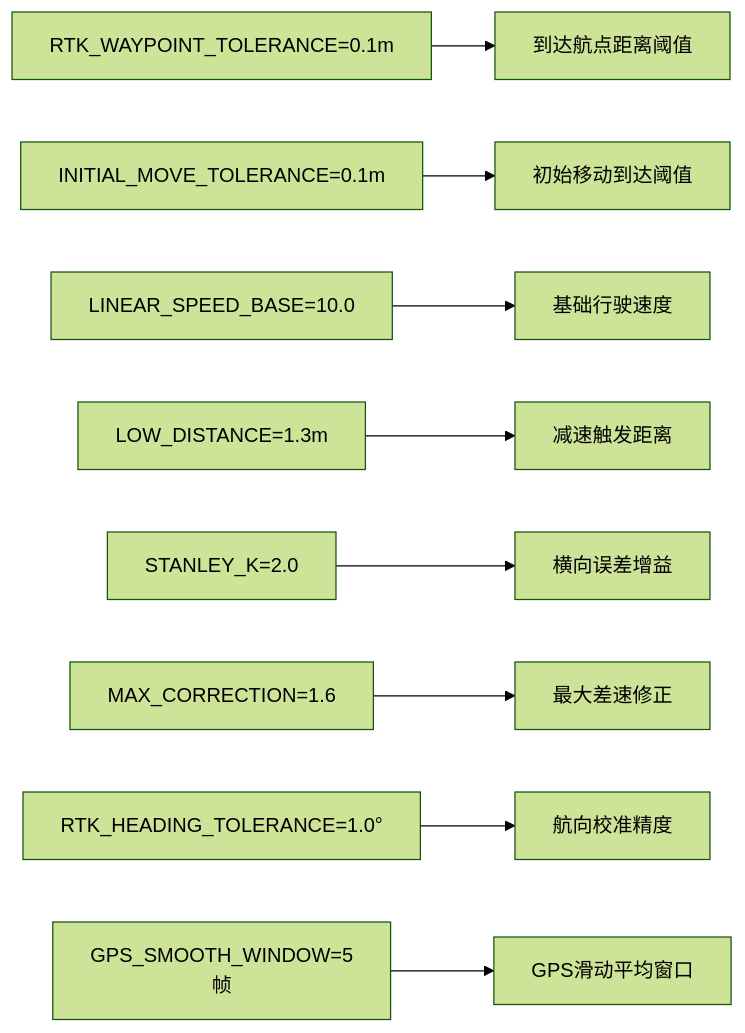
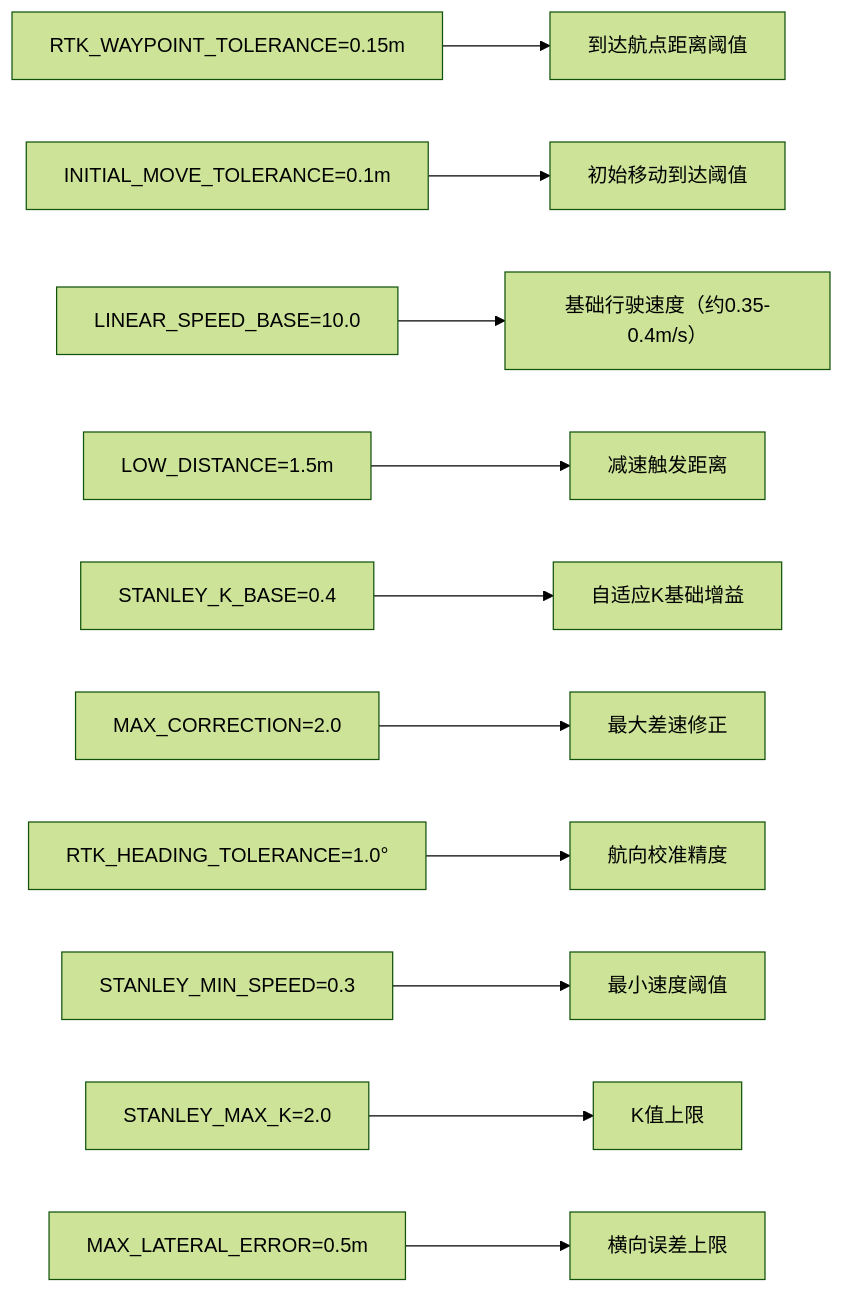
Before and after one commit to J123123-oss/robot_cleaning: the seventh of 7 diagrams in README.md, drawn with Mermaid (forest theme). The commit also changed 11 other files, not shown here.

````diff
--- a/README.md
+++ b/README.md
@@ -178,11 +178,13 @@
 ```mermaid
 graph LR
-    P1[RTK_WAYPOINT_TOLERANCE=0.1m] --> P1D[到达航点距离阈值]
+    P1[RTK_WAYPOINT_TOLERANCE=0.15m] --> P1D[到达航点距离阈值]
     P2[INITIAL_MOVE_TOLERANCE=0.1m] --> P2D[初始移动到达阈值]
-    P3[LINEAR_SPEED_BASE=10.0] --> P3D[基础行驶速度]
-    P4[LOW_DISTANCE=1.3m] --> P4D[减速触发距离]
-    P5[STANLEY_K=2.0] --> P5D[横向误差增益]
-    P6[MAX_CORRECTION=1.6] --> P6D[最大差速修正]
+    P3[LINEAR_SPEED_BASE=10.0] --> P3D[基础行驶速度（约0.35-0.4m/s）]
+    P4[LOW_DISTANCE=1.5m] --> P4D[减速触发距离]
+    P5[STANLEY_K_BASE=0.4] --> P5D[自适应K基础增益]
+    P6[MAX_CORRECTION=2.0] --> P6D[最大差速修正]
     P7[RTK_HEADING_TOLERANCE=1.0°] --> P7D[航向校准精度]
-    P8[GPS_SMOOTH_WINDOW=5帧] --> P8D[GPS滑动平均窗口]
+    P8[STANLEY_MIN_SPEED=0.3] --> P8D[最小速度阈值]
+    P9[STANLEY_MAX_K=2.0] --> P9D[K值上限]
+    P10[MAX_LATERAL_ERROR=0.5m] --> P10D[横向误差上限]
 ```
````
